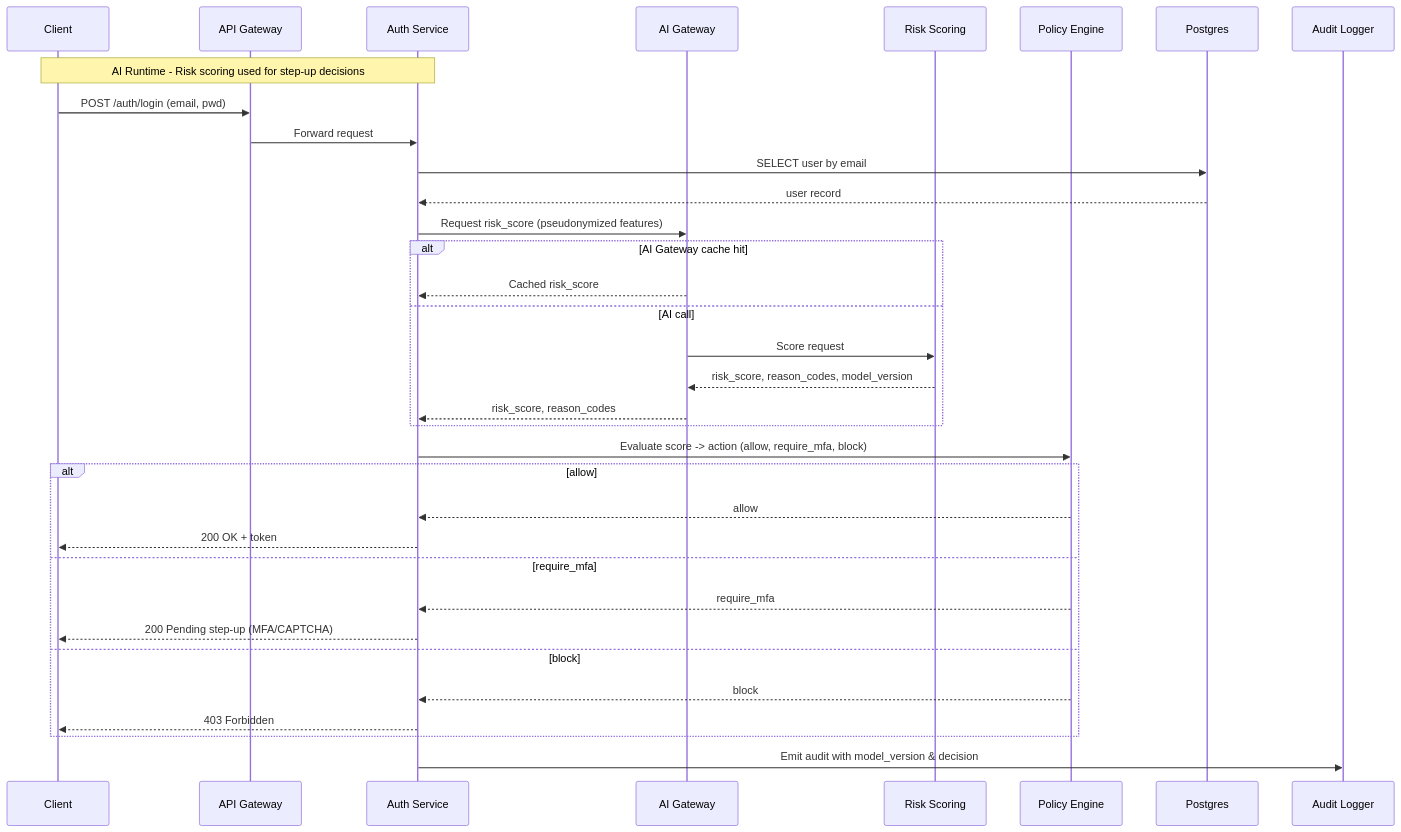
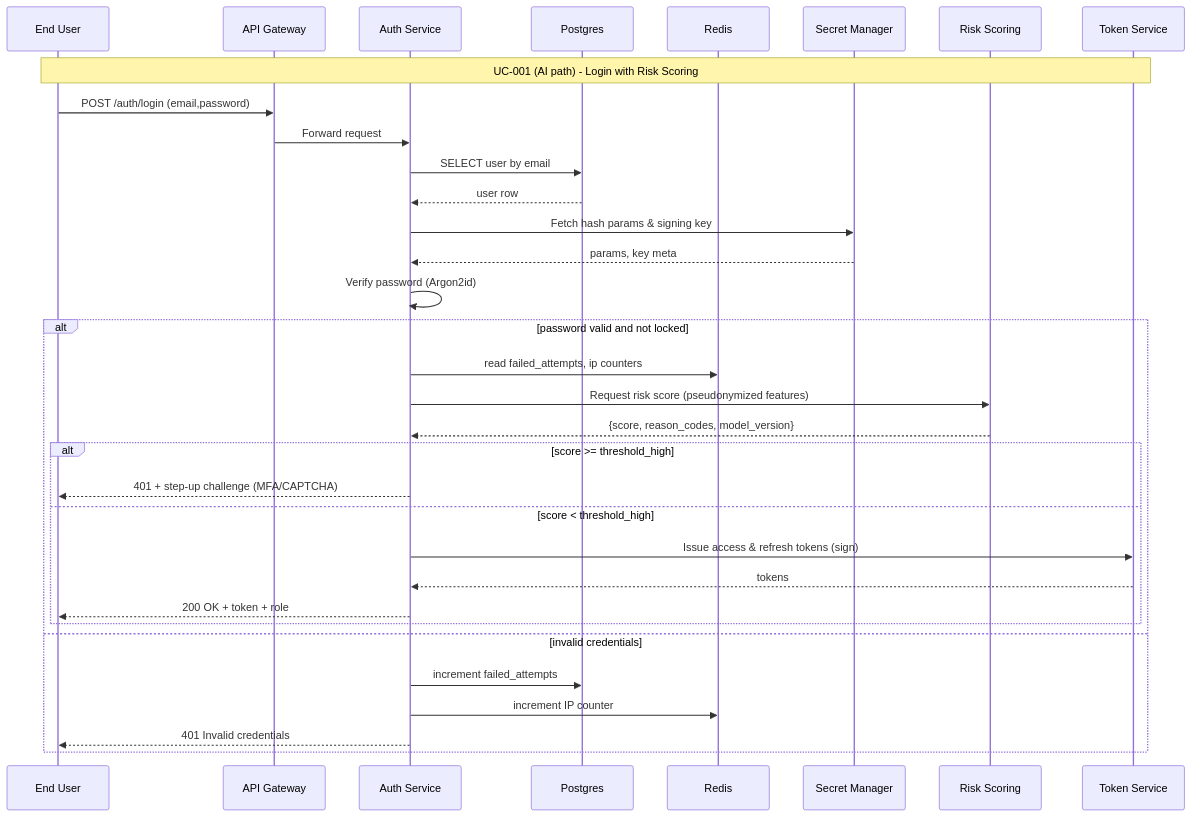
Before and after one commit to Hadiya-Kanini/Demo: the seventh of 11 diagrams in .propel/context/docs/models.md, drawn with Mermaid. The commit also changed other lines of this file, not shown here.

Commit message:
feat: design-model generated by AI agent

````diff
--- a/.propel/context/docs/models.md
+++ b/.propel/context/docs/models.md
@@ -331,38 +344,37 @@
 ```mermaid
 sequenceDiagram
-    participant Client as Client
+    participant User as End User
     participant APIGW as API Gateway
     participant Auth as Auth Service
-    participant AI_GW as AI Gateway
+    participant DB as Postgres
+    participant Redis as Redis
+    participant Secrets as Secret Manager
     participant Risk as Risk Scoring
-    participant Policy as Policy Engine
-    participant DB as Postgres
-    participant Audit as Audit Logger
+    participant Token as Token Service
 
-    Note over Client,Auth: AI Runtime - Risk scoring used for step-up decisions
+    Note over User,Token: UC-001 (AI path) - Login with Risk Scoring
 
-    Client->>APIGW: POST /auth/login (email, pwd)
+    User->>APIGW: POST /auth/login (email,password)
     APIGW->>Auth: Forward request
     Auth->>DB: SELECT user by email
-    DB-->>Auth: user record
-    Auth->>AI_GW: Request risk_score (pseudonymized features)
-    alt AI Gateway cache hit
-      AI_GW-->>Auth: Cached risk_score
-    else AI call
-      AI_GW->>Risk: Score request
-      Risk-->>AI_GW: risk_score, reason_codes, model_version
-      AI_GW-->>Auth: risk_score, reason_codes
+    DB-->>Auth: user row
+    Auth->>Secrets: Fetch hash params & signing key
+    Secrets-->>Auth: params, key meta
+    Auth->>Auth: Verify password (Argon2id)
+    alt password valid and not locked
+      Auth->>Redis: read failed_attempts, ip counters
+      Auth->>Risk: Request risk score (pseudonymized features)
+      Risk-->>Auth: {score, reason_codes, model_version}
+      alt score >= threshold_high
+        Auth-->>User: 401 + step-up challenge (MFA/CAPTCHA)
+      else score < threshold_high
+        Auth->>Token: Issue access & refresh tokens (sign)
+        Token-->>Auth: tokens
+        Auth-->>User: 200 OK + token + role
+      end
+    else invalid credentials
+      Auth->>DB: increment failed_attempts
+      Auth->>Redis: increment IP counter
+      Auth-->>User: 401 Invalid credentials
     end
-    Auth->>Policy: Evaluate score -> action (allow, require_mfa, block)
-    alt allow
-      Policy-->>Auth: allow
-      Auth-->>Client: 200 OK + token
-    else require_mfa
-      Policy-->>Auth: require_mfa
-      Auth-->>Client: 200 Pending step-up (MFA/CAPTCHA)
-    else block
-      Policy-->>Auth: block
-      Auth-->>Client: 403 Forbidden
-    end
-    Auth->>Audit: Emit audit with model_version & decision
 ```
````
